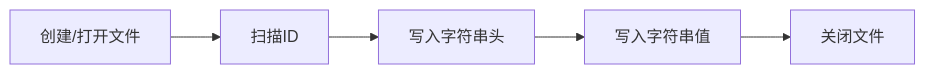
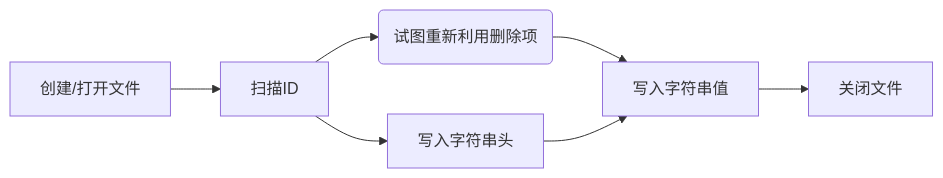
Before and after one commit to caoaolong/coding-soul-docs: the first of 5 diagrams in docs/9.手写文本数据库1.md, drawn with Mermaid. The commit also changed other lines of this file and 5 other files, not shown here.

````diff
--- a/docs/9.手写文本数据库1.md
+++ b/docs/9.手写文本数据库1.md
@@ -69,4 +69,5 @@
 ```mermaid
 graph LR;
-A[创建/打开文件] --> B[扫描ID] --> C[写入字符串头] --> D[写入字符串值] --> E[关闭文件]
+A[创建/打开文件] --> B[扫描ID] -->B1(试图重新利用删除项) --> D[写入字符串值] --> E[关闭文件]
+B --> C[写入字符串头] --> D
 ```
````
